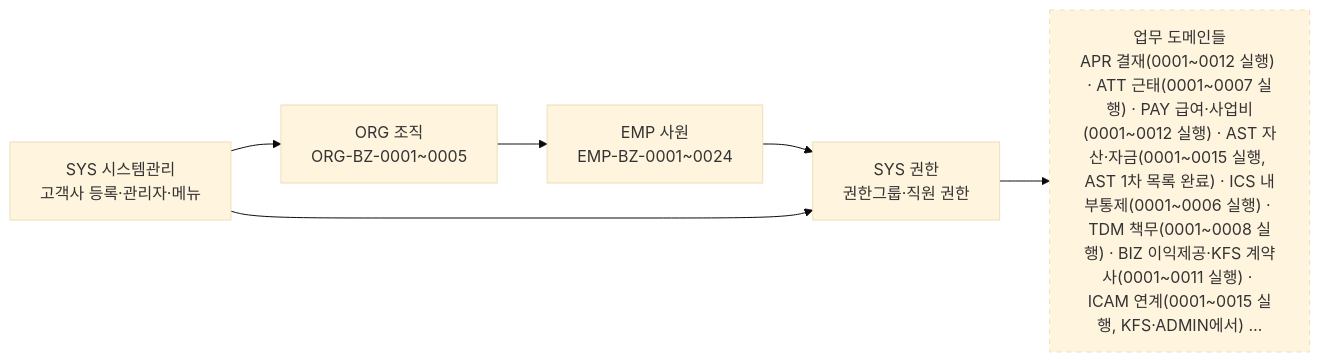
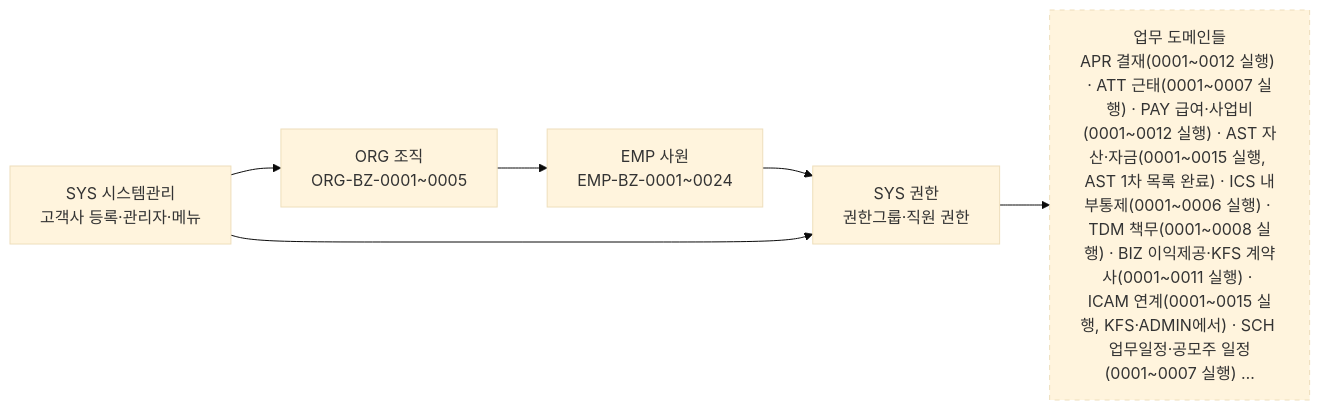
Before and after one commit to KimDoYoung/framework-sprt: the diagram in AssetERP/docs/2-업무분석/biz-event/00-도메인Map.md, drawn with Mermaid (base theme). The commit also changed 11 other files, not shown here.

Commit message:
업무분석 SCH: SCH-BZ-0001~0007 업무일정·데일리 체크·공모주 일정 실행·문서화, 의심 #247~#253

````diff
--- a/AssetERP/docs/2-업무분석/biz-event/00-도메인Map.md
+++ b/AssetERP/docs/2-업무분석/biz-event/00-도메인Map.md
@@ -6,14 +6,14 @@
 ```mermaid
 flowchart LR
     SYS["SYS 시스템관리<br/>고객사 등록·관리자·메뉴"]
     ORG["ORG 조직<br/>ORG-BZ-0001~0005"]
     EMP["EMP 사원<br/>EMP-BZ-0001~0024"]
     AUTH["SYS 권한<br/>권한그룹·직원 권한"]
-    WORK["업무 도메인들<br/>APR 결재(0001~0012 실행) · ATT 근태(0001~0007 실행) · PAY 급여·사업비(0001~0012 실행) · AST 자산·자금(0001~0015 실행, AST 1차 목록 완료) · ICS 내부통제(0001~0006 실행) · TDM 책무(0001~0008 실행) · BIZ 이익제공·KFS 계약사(0001~0011 실행) · ICAM 연계(0001~0015 실행, KFS·ADMIN에서) …"]
+    WORK["업무 도메인들<br/>APR 결재(0001~0012 실행) · ATT 근태(0001~0007 실행) · PAY 급여·사업비(0001~0012 실행) · AST 자산·자금(0001~0015 실행, AST 1차 목록 완료) · ICS 내부통제(0001~0006 실행) · TDM 책무(0001~0008 실행) · BIZ 이익제공·KFS 계약사(0001~0011 실행) · ICAM 연계(0001~0015 실행, KFS·ADMIN에서) · SCH 업무일정·공모주 일정(0001~0007 실행) …"]
 
     SYS --> ORG --> EMP --> AUTH --> WORK
     SYS --> AUTH
 
     classDef todo stroke-dasharray: 5 5
     class WORK todo
 ```
````
